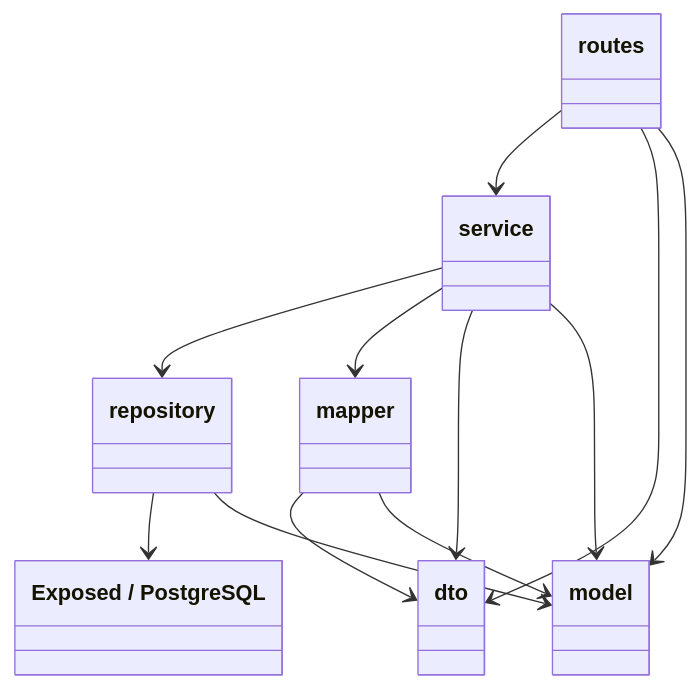
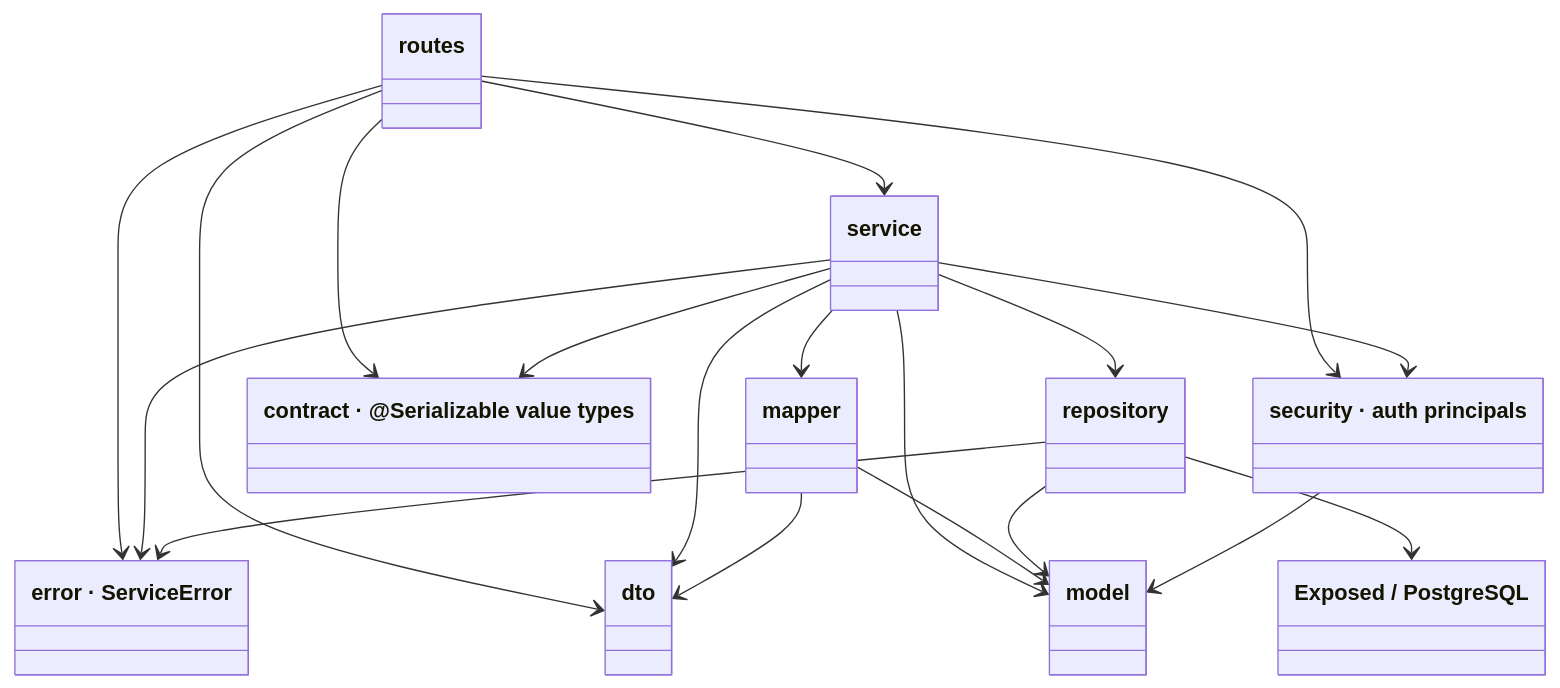
The first of 4 diagrams in docs/engineering/architecture/BACKEND_ARCHITECTURE.md (cybergrouch/skopeo), drawn with Mermaid before and after one commit. The commit also changed other lines of this file and 13 other files, not shown here.

````diff
--- a/docs/engineering/architecture/BACKEND_ARCHITECTURE.md
+++ b/docs/engineering/architecture/BACKEND_ARCHITECTURE.md
@@ -117,21 +116,31 @@
 ```mermaid
 classDiagram
     class routes
     class service
     class mapper
     class repository
     class dto
     class model
+    class error["error · ServiceError"]
+    class security["security · auth principals"]
+    class contract["contract · @Serializable value types"]
     class DB["Exposed / PostgreSQL"]
     routes --> service
     routes --> dto
+    routes --> error
+    routes --> security
+    routes --> contract
     service --> repository
     service --> mapper
     service --> dto
+    service --> model
+    service --> error
+    service --> security
+    service --> contract
     mapper --> dto
     mapper --> model
+    repository --> model
+    repository --> error
     repository --> DB
-    routes --> model
-    service --> model
-    repository --> model
+    security --> model
 ```
````
